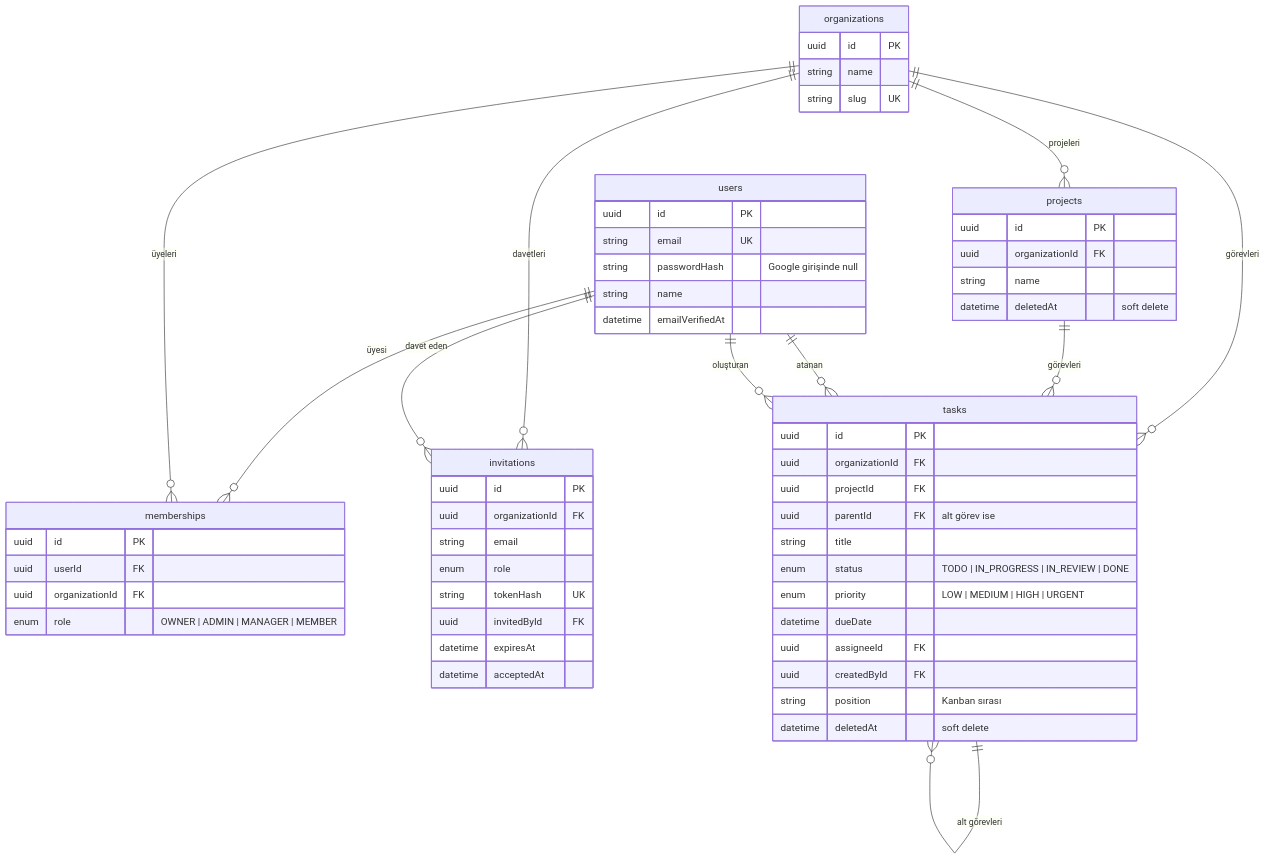
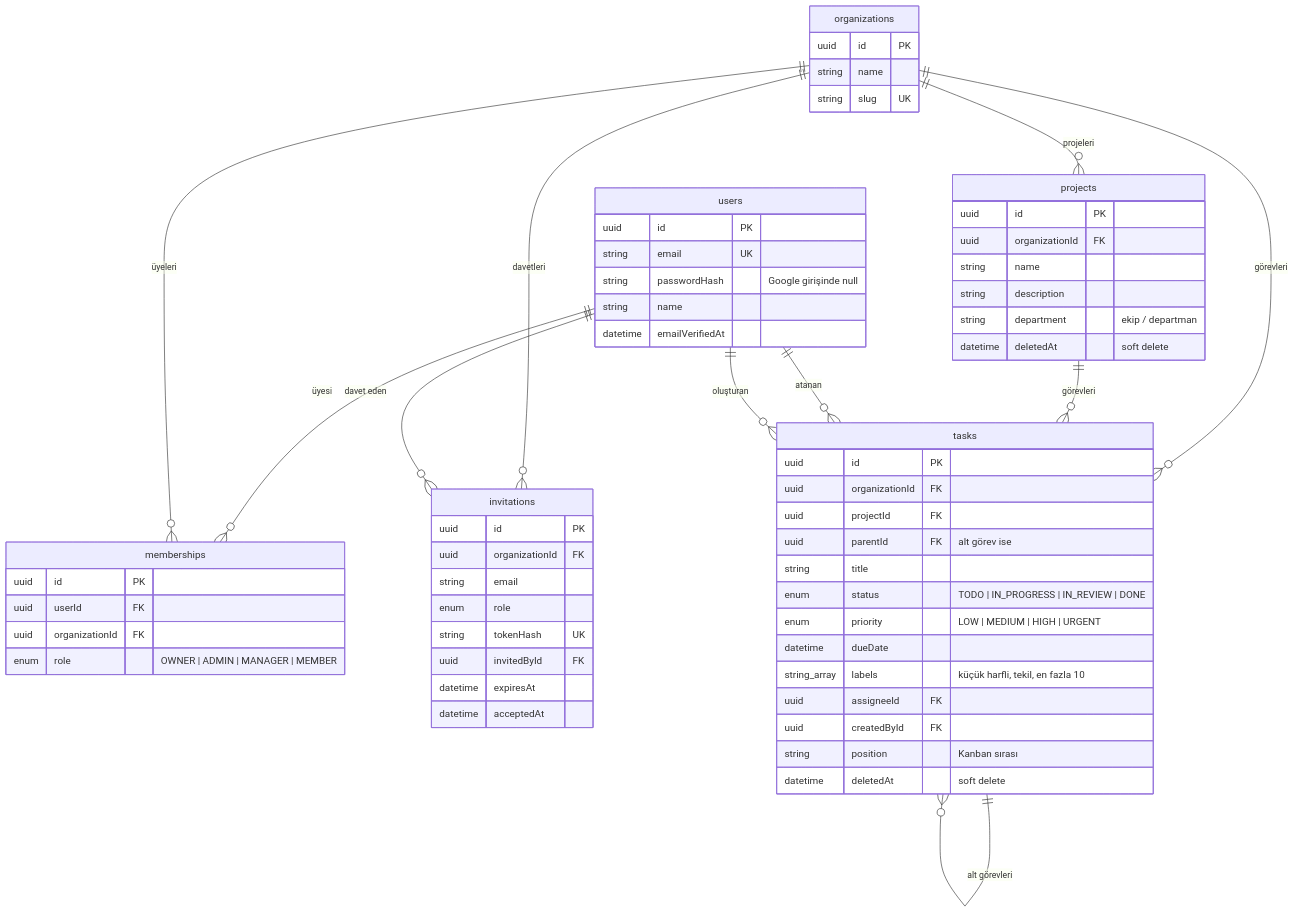
One commit to UgurOz1/nexora changed the diagram in docs/ERD.md. Above: the diagram before and after it, drawn with Mermaid. The commit also changed other lines of this file and 24 other files, not shown here.

````diff
--- a/docs/ERD.md
+++ b/docs/ERD.md
@@ -5,62 +5,65 @@
 ```mermaid
 erDiagram
     users ||--o{ memberships : "üyesi"
     organizations ||--o{ memberships : "üyeleri"
     organizations ||--o{ invitations : "davetleri"
     users ||--o{ invitations : "davet eden"
     organizations ||--o{ projects : "projeleri"
     organizations ||--o{ tasks : "görevleri"
     projects ||--o{ tasks : "görevleri"
     tasks ||--o{ tasks : "alt görevleri"
     users ||--o{ tasks : "atanan"
     users ||--o{ tasks : "oluşturan"
 
     users {
         uuid id PK
         string email UK
         string passwordHash "Google girişinde null"
         string name
         datetime emailVerifiedAt
     }
     organizations {
         uuid id PK
         string name
         string slug UK
     }
     memberships {
         uuid id PK
         uuid userId FK
         uuid organizationId FK
         enum role "OWNER | ADMIN | MANAGER | MEMBER"
     }
     invitations {
         uuid id PK
         uuid organizationId FK
         string email
         enum role
         string tokenHash UK
         uuid invitedById FK
         datetime expiresAt
         datetime acceptedAt
     }
     projects {
         uuid id PK
         uuid organizationId FK
         string name
+        string description
+        string department "ekip / departman"
         datetime deletedAt "soft delete"
     }
     tasks {
         uuid id PK
         uuid organizationId FK
         uuid projectId FK
         uuid parentId FK "alt görev ise"
         string title
         enum status "TODO | IN_PROGRESS | IN_REVIEW | DONE"
         enum priority "LOW | MEDIUM | HIGH | URGENT"
         datetime dueDate
+        string_array labels "küçük harfli, tekil, en fazla 10"
         uuid assigneeId FK
         uuid createdById FK
         string position "Kanban sırası"
         datetime deletedAt "soft delete"
     }
 ```
````
